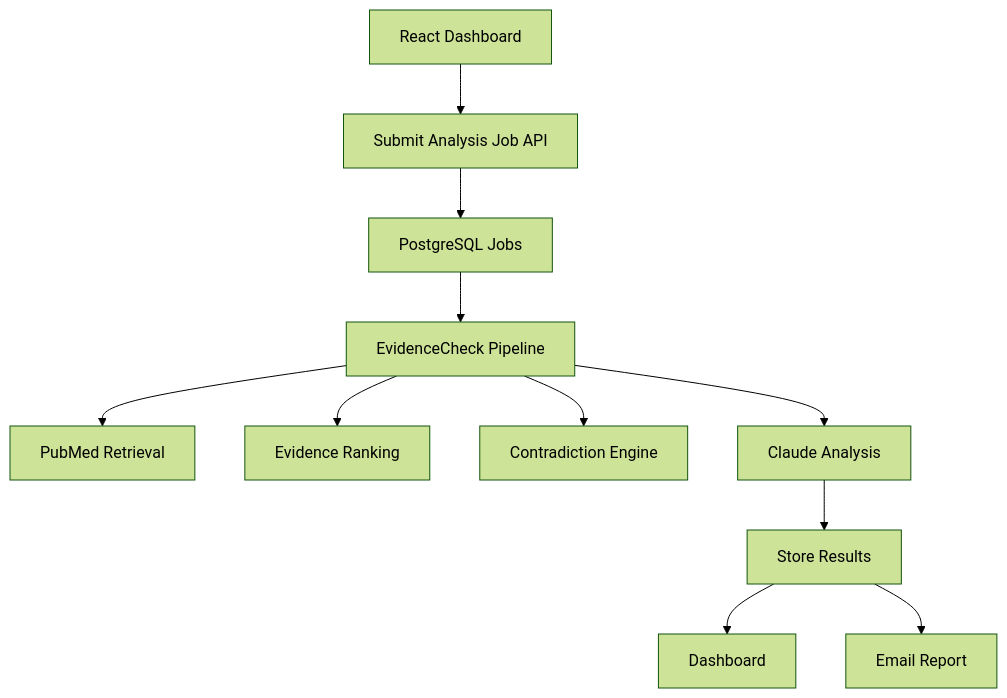
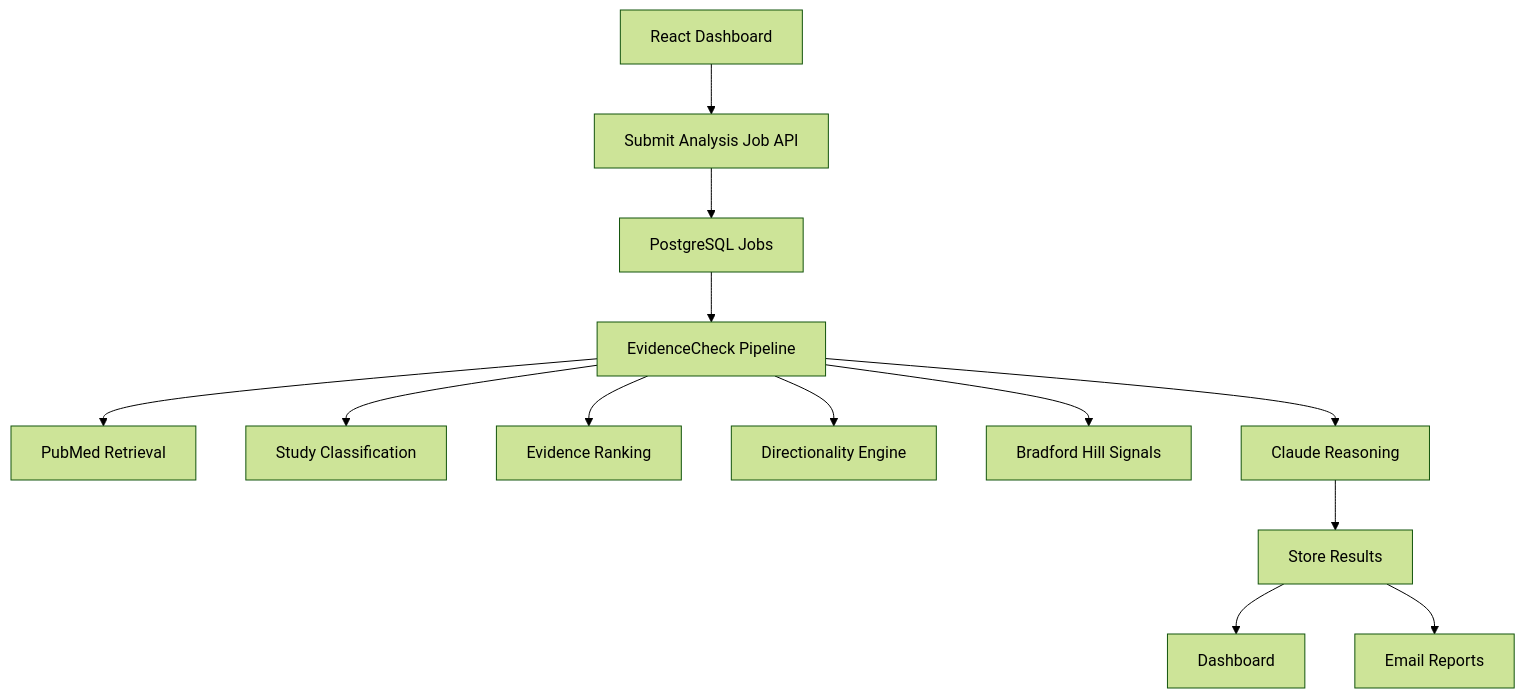
The diagram in README.md (alejandro-orbis/EvidenceCheck-AI), drawn with Mermaid (forest theme) before and after one commit. The commit also changed other lines of this file, not shown here.

````diff
--- a/README.md
+++ b/README.md
@@ -190,20 +230,22 @@
 ```mermaid
 flowchart TD
 
 A[React Dashboard]
 --> B[Submit Analysis Job API]
 
 B --> C[PostgreSQL Jobs]
 
 C --> D[EvidenceCheck Pipeline]
 
 D --> E[PubMed Retrieval]
-D --> F[Evidence Ranking]
-D --> G[Contradiction Engine]
-D --> H[Claude Analysis]
+D --> F[Study Classification]
+D --> G[Evidence Ranking]
+D --> H[Directionality Engine]
+D --> I[Bradford Hill Signals]
+D --> J[Claude Reasoning]
 
-H --> I[Store Results]
+J --> K[Store Results]
 
-I --> J[Dashboard]
-I --> K[Email Report]
+K --> L[Dashboard]
+K --> M[Email Reports]
 ```
````
